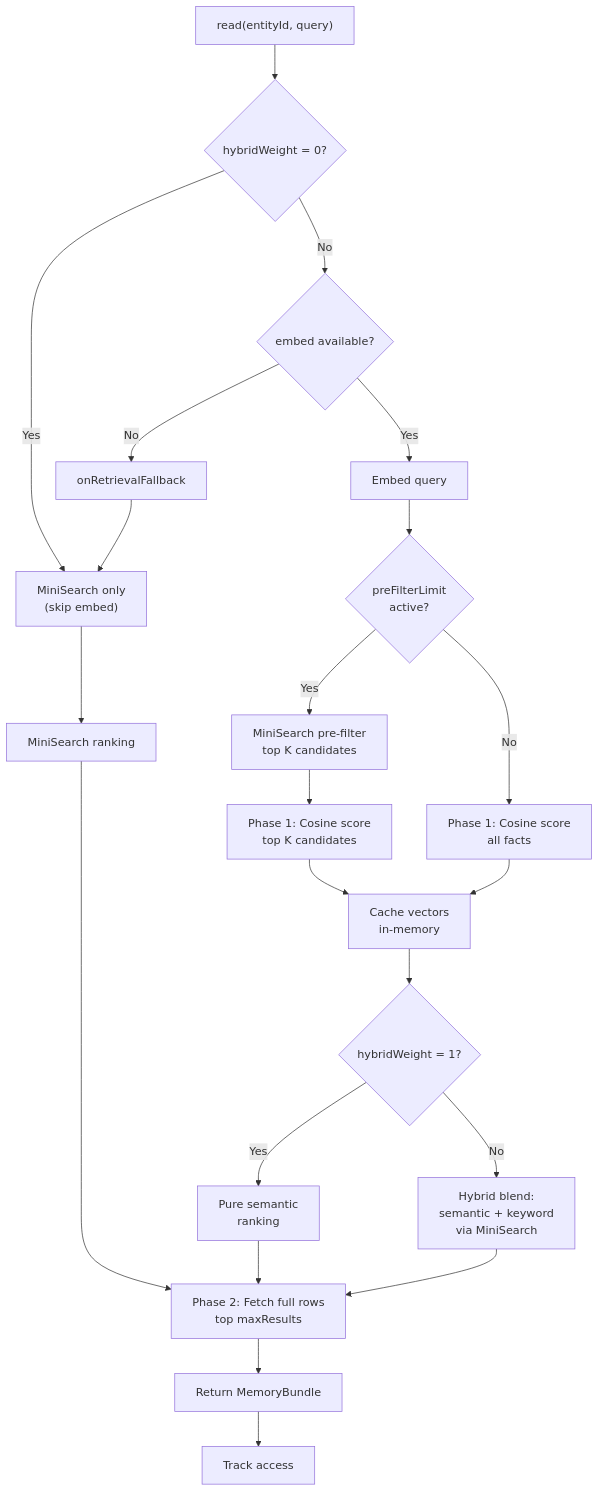
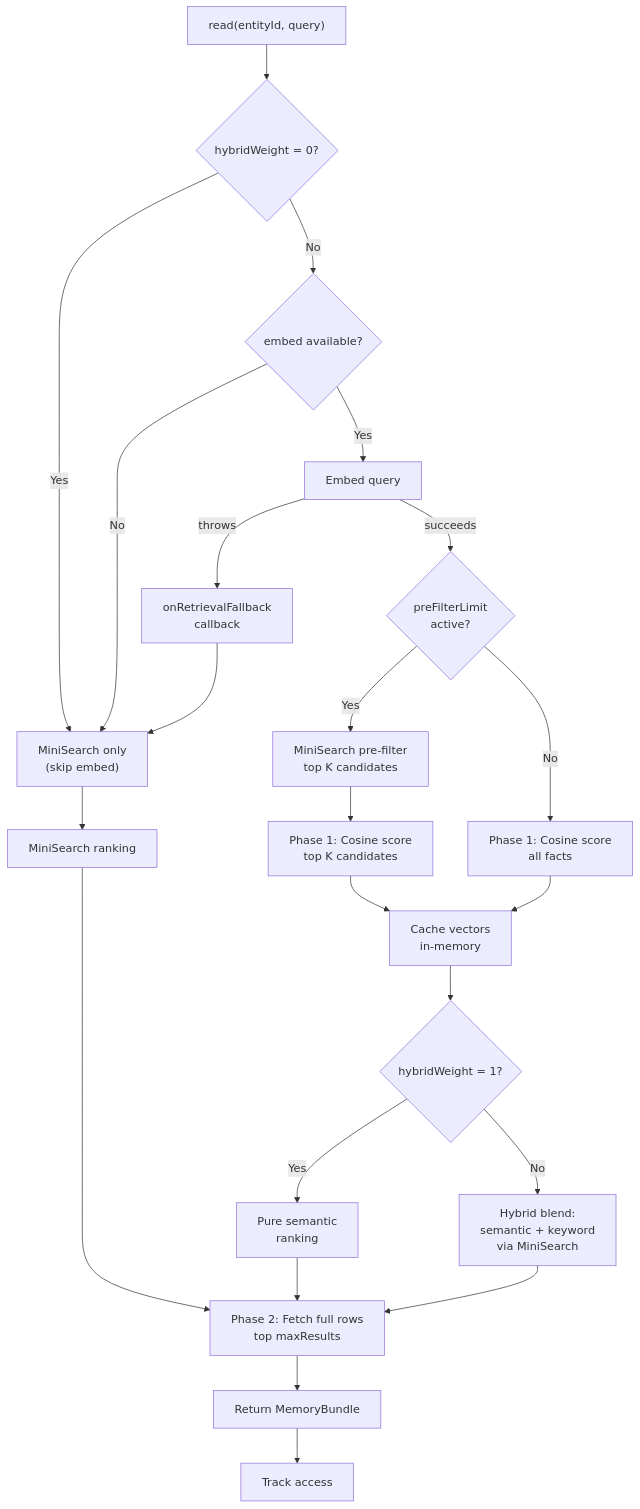
Before and after one commit to equationalapplications/expo-llm-wiki: the diagram in packages/core/README.md, drawn with Mermaid. The commit also changed other lines of this file and 6 other files, not shown here.

````diff
--- a/packages/core/README.md
+++ b/packages/core/README.md
@@ -247,24 +247,25 @@
 ```mermaid
 flowchart TD
     A["read(entityId, query)"] --> B{hybridWeight = 0?}
     B -->|Yes| C["MiniSearch only<br/>(skip embed)"]
     B -->|No| D{embed available?}
-    D -->|No| E["onRetrievalFallback"]
+    D -->|No| C
+    D -->|Yes| F["Embed query"]
+    F -->|throws| E["onRetrievalFallback<br/>callback"]
     E --> C
-    D -->|Yes| F["Embed query"]
-    F --> G{preFilterLimit<br/>active?}
+    F -->|succeeds| G{preFilterLimit<br/>active?}
     G -->|Yes| H["MiniSearch pre-filter<br/>top K candidates"]
     H --> I["Phase 1: Cosine score<br/>top K candidates"]
     G -->|No| J["Phase 1: Cosine score<br/>all facts"]
     I --> K["Cache vectors<br/>in-memory"]
     J --> K
     K --> L{hybridWeight = 1?}
     L -->|Yes| M["Pure semantic<br/>ranking"]
     L -->|No| N["Hybrid blend:<br/>semantic + keyword<br/>via MiniSearch"]
     M --> O["Phase 2: Fetch full rows<br/>top maxResults"]
     N --> O
     C --> P["MiniSearch ranking"]
     P --> O
     O --> Q["Return MemoryBundle"]
     Q --> R["Track access"]
 ```
````
